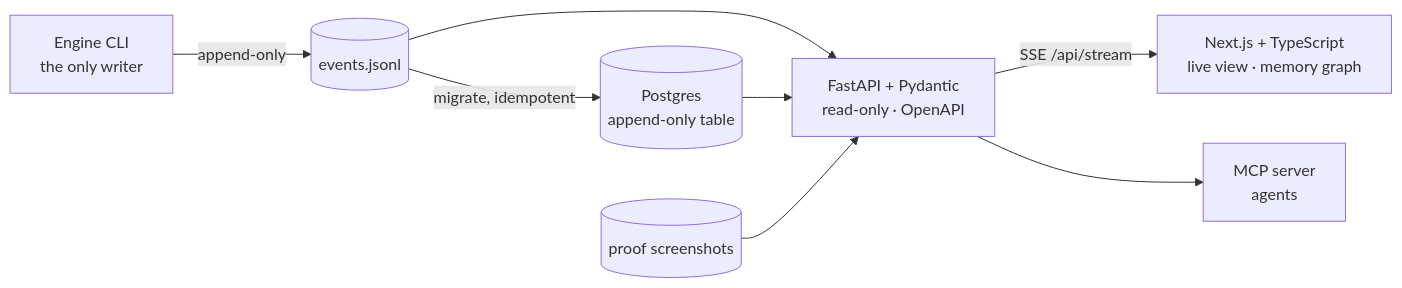
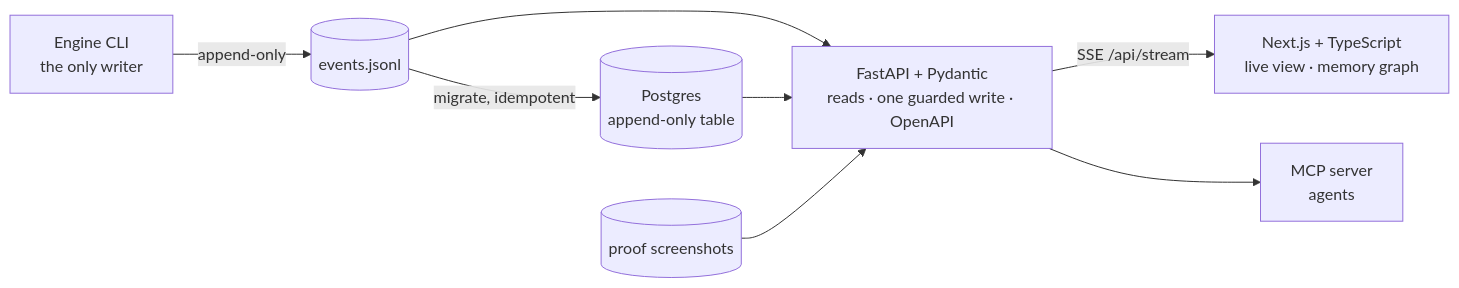
Before and after one commit to sameernagar-hub/regen-engine: the first of 2 diagrams in README.md, drawn with Mermaid. The commit also changed other lines of this file and 6 other files, not shown here.

````diff
--- a/README.md
+++ b/README.md
@@ -134,10 +138,10 @@
 ```mermaid
 flowchart LR
     E[Engine CLI<br/>the only writer] -->|append-only| L[(events.jsonl)]
     L -->|migrate, idempotent| P[(Postgres<br/>append-only table)]
     L --> API
-    P --> API[FastAPI + Pydantic<br/>read-only · OpenAPI]
+    P --> API[FastAPI + Pydantic<br/>reads · one guarded write · OpenAPI]
     API -->|SSE /api/stream| WEB[Next.js + TypeScript<br/>live view · memory graph]
     API --> MCP[MCP server<br/>agents]
     W[(proof screenshots)] --> API
 ```
````
